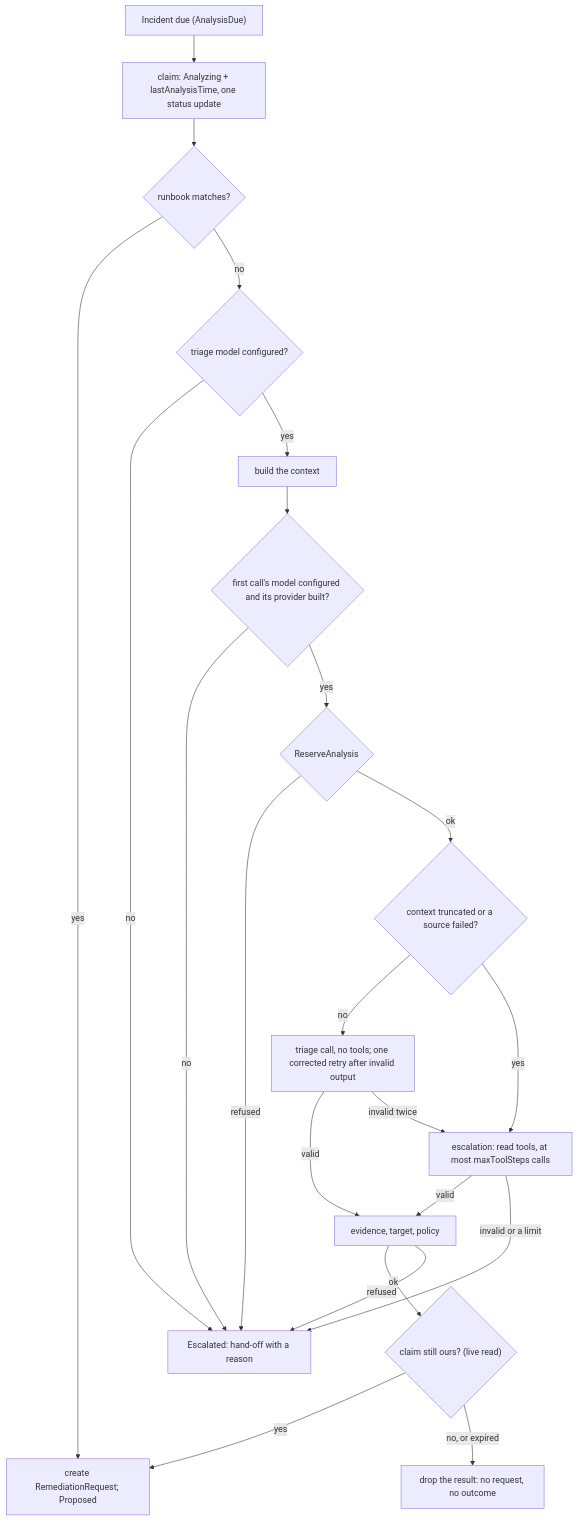
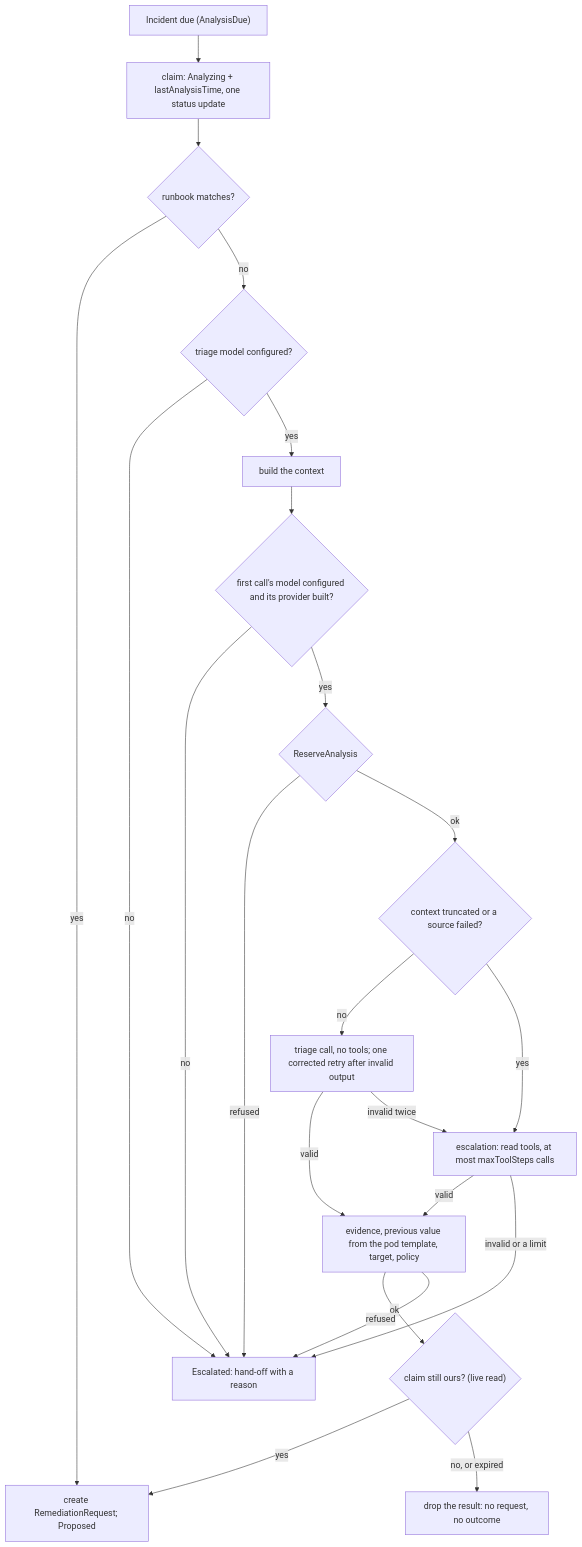
One commit to pkalin/shadewright changed the second of 2 diagrams in docs/design/3-observation-and-deduplication.md. Above: the diagram before and after it, drawn with Mermaid. The commit also changed other lines of this file and 23 other files, not shown here.

First line of the commit message:
fix(analyzer): take the previous memory limit from the pod template

````diff
--- a/docs/design/3-observation-and-deduplication.md
+++ b/docs/design/3-observation-and-deduplication.md
@@ -478,24 +479,24 @@
 ```mermaid
 flowchart TD
     due["Incident due (AnalysisDue)"] --> claim["claim: Analyzing + lastAnalysisTime, one status update"]
     claim --> rb{"runbook matches?"}
     rb -- yes --> plan
     rb -- no --> triage_cfg{"triage model configured?"}
     triage_cfg -- no --> handoff
     triage_cfg -- yes --> ctx["build the context"]
     ctx --> first{"first call's model configured and its provider built?"}
     first -- no --> handoff
     first -- yes --> budget{"ReserveAnalysis"}
     budget -- refused --> handoff
     budget -- ok --> signal{"context truncated or a source failed?"}
     signal -- no --> triage["triage call, no tools; one corrected retry after invalid output"]
     triage -- valid --> check
     triage -- invalid twice --> esc
     signal -- yes --> esc["escalation: read tools, at most maxToolSteps calls"]
-    esc -- valid --> check["evidence, target, policy"]
+    esc -- valid --> check["evidence, previous value from the pod template, target, policy"]
     esc -- invalid or a limit --> handoff
     check -- ok --> recheck{"claim still ours? (live read)"}
     recheck -- yes --> plan["create RemediationRequest; Proposed"]
     recheck -- "no, or expired" --> drop["drop the result: no request, no outcome"]
     check -- refused --> handoff["Escalated: hand-off with a reason"]
 ```
````
